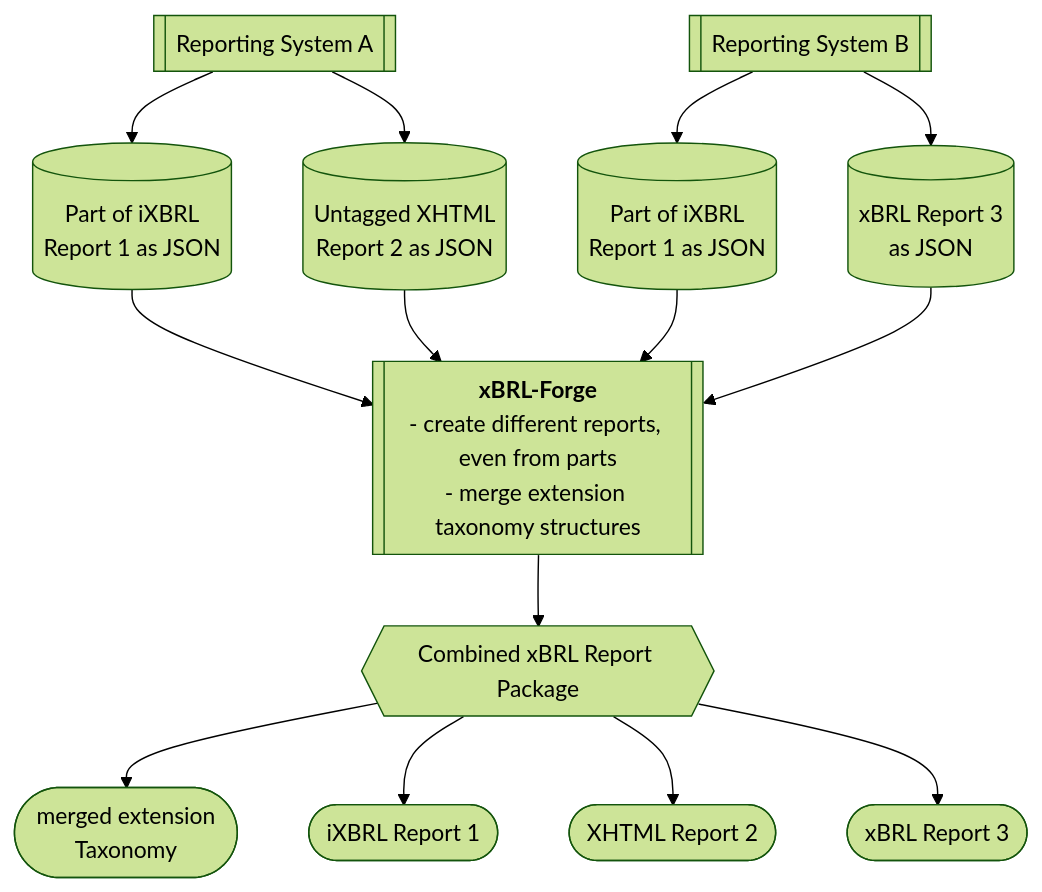
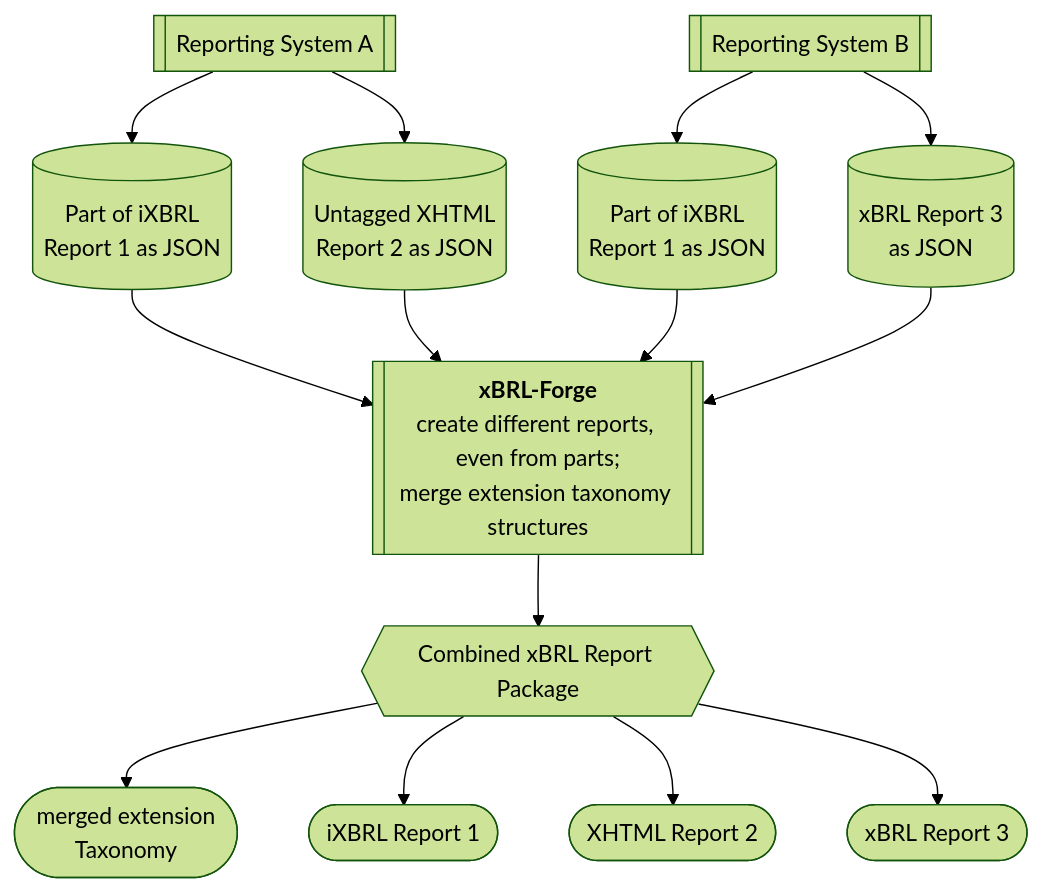
One commit to ncerutti/xBRL-Forge changed the first of 2 diagrams in README.md. Above: the diagram before and after it, drawn with Mermaid (forest theme). The commit also changed other lines of this file and 1 other file, not shown here.

Commit message:
Fixed Mermaid List #59

````diff
--- a/README.md
+++ b/README.md
@@ -11,35 +11,35 @@
 ```mermaid
 flowchart TD
     s1[[Reporting System A]]
     s2[[Reporting System B]]
     s1 --> d1
     s1 --> d2
     s2 --> d3
     s2 --> d4
     d1[("Part of iXBRL 
     Report 1 as JSON")]
     d2[("Untagged XHTML 
     Report 2 as JSON")]
     d3[("Part of iXBRL 
     Report 1 as JSON")]
     d4[("xBRL Report 3 
     as JSON")]
     d1 --> combined
     d2 --> combined
     d3 --> combined
     d4 --> combined
     combined[["`**xBRL-Forge**
-    - create different reports, even from parts
-    - merge extension taxonomy structures`"]]
+    create different reports, even from parts;
+    merge extension taxonomy structures`"]]
     combined --> package
     package{{Combined xBRL Report Package}}
     package --> rp4
     package --> rp1
     package --> rp2
     package --> rp3
     rp4(["merged extension 
     Taxonomy"])
     rp1([iXBRL Report 1])
     rp2([XHTML Report 2])
     rp3([xBRL Report 3])
 ```
````
